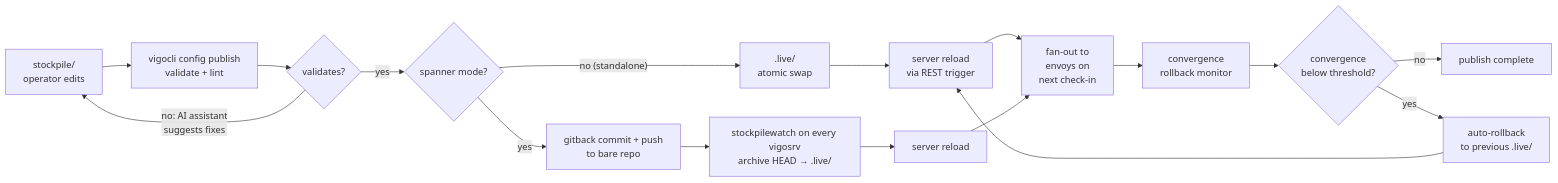
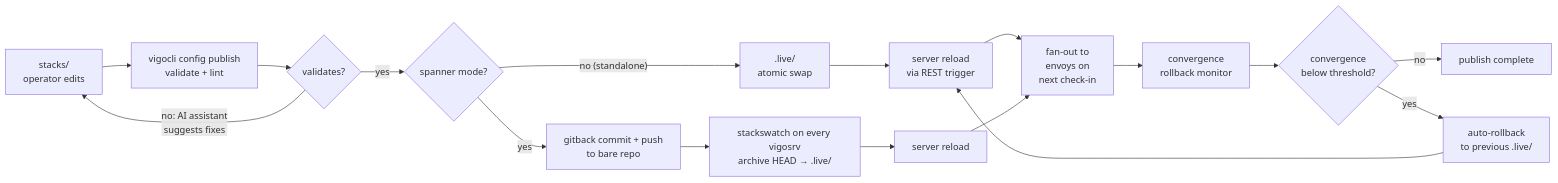
The diagram in docs/howto/configcrates/publish-config.md (daniel-alexander4/vigo), drawn with Mermaid before and after one commit. The commit also changed other lines of this file and 56 other files, not shown here.

First line of the commit message:
docs: sweep stockpile→stacks across docs + CLAUDE.md; retitle ADR-025; drop anti-examples

````diff
--- a/docs/howto/configcrates/publish-config.md
+++ b/docs/howto/configcrates/publish-config.md
@@ -73,27 +72,27 @@
 ```mermaid
 flowchart LR
-    A[stockpile/<br/>operator edits]
+    A[stacks/<br/>operator edits]
     B[vigocli config publish<br/>validate + lint]
     C{validates?}
     M{spanner mode?}
     D[.live/<br/>atomic swap]
     E[server reload<br/>via REST trigger]
     G[gitback commit + push<br/>to bare repo]
-    W[stockpilewatch on every vigosrv<br/>archive HEAD → .live/]
+    W[stackswatch on every vigosrv<br/>archive HEAD → .live/]
     R[server reload]
     F[fan-out to<br/>envoys on<br/>next check-in]
     K[convergence<br/>rollback monitor]
     H{convergence<br/>below threshold?}
     I[auto-rollback<br/>to previous .live/]
     J[publish complete]
 
     A --> B --> C
     C -- "no: AI assistant<br/>suggests fixes" --> A
     C -- "yes" --> M
     M -- "no (standalone)" --> D --> E
     M -- "yes" --> G --> W --> R
     E --> F --> K --> H
     R --> F
     H -- "no" --> J
     H -- "yes" --> I --> E
 ```
````
